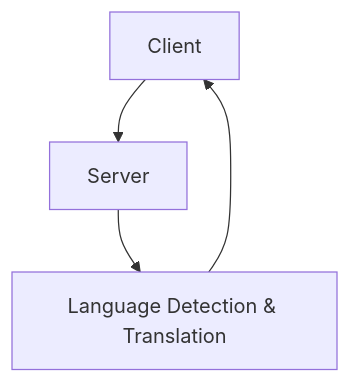
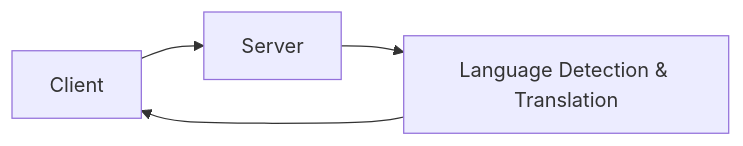
Before and after one commit to cjr03/MultilingualChat-AI: the diagram in README.md, drawn with Mermaid.

````diff
--- a/README.md
+++ b/README.md
@@ -49,6 +49,6 @@
 ```mermaid
-flowchart TD
+flowchart LR
     A[Client] --> B[Server]
     B --> C[Language Detection & Translation]
     C --> A
 ```
````
